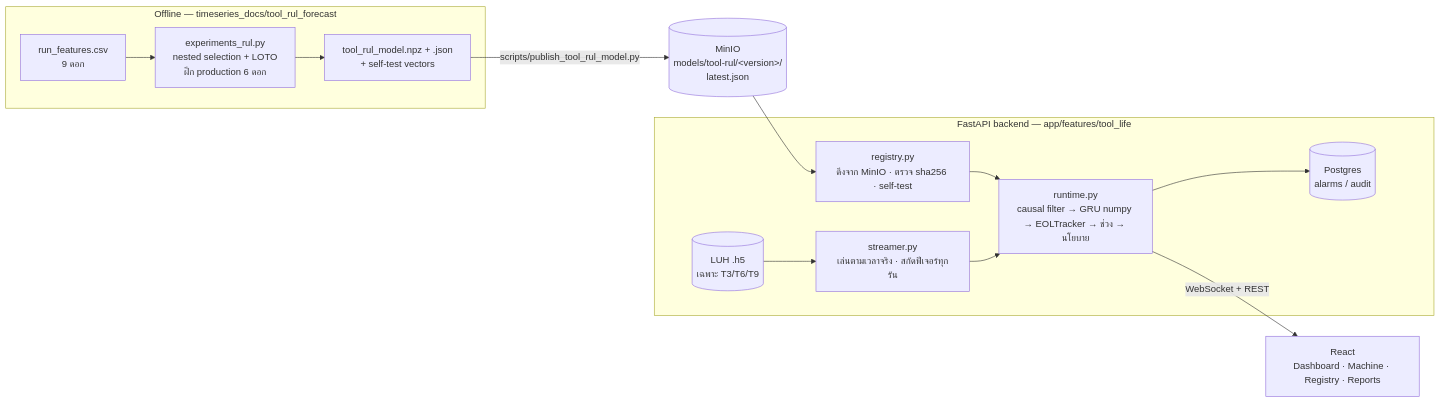
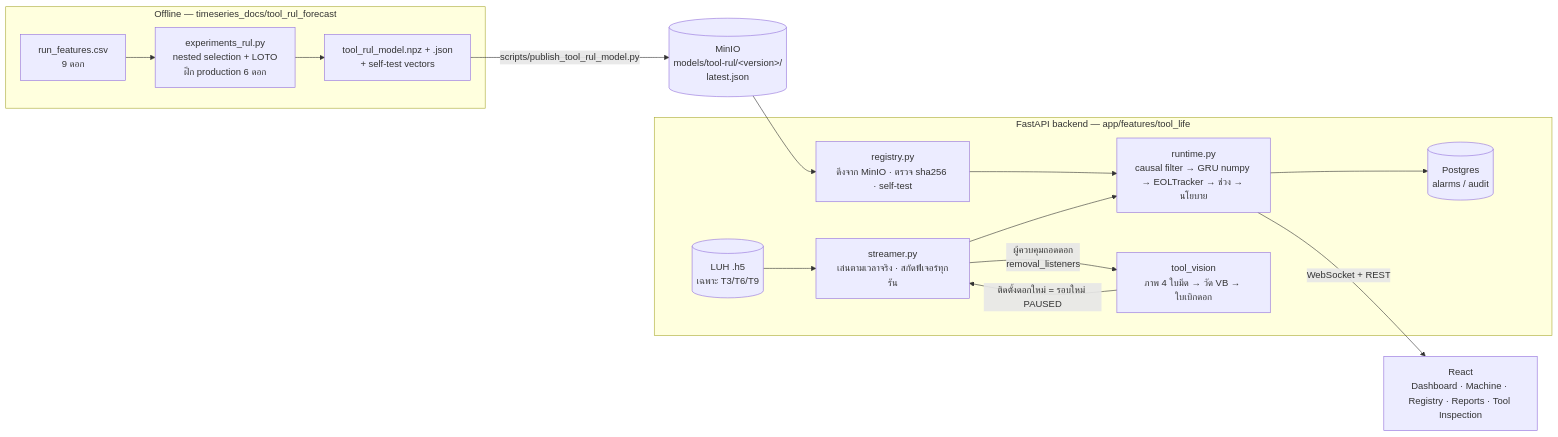
One commit to shironekoko/ai-ecosystem-Industrial-Predictive changed the diagram in timeseries_docs/tool_rul_forecast/Report_TimeSeries_Tool_RUL.md. Above: the diagram before and after it, drawn with Mermaid. The commit also changed other lines of this file and 64 other files, not shown here.

````diff
--- a/timeseries_docs/tool_rul_forecast/Report_TimeSeries_Tool_RUL.md
+++ b/timeseries_docs/tool_rul_forecast/Report_TimeSeries_Tool_RUL.md
@@ -522,16 +522,18 @@
 ```mermaid
 flowchart LR
   subgraph Offline["Offline — timeseries_docs/tool_rul_forecast"]
     A[run_features.csv<br/>9 ดอก] --> B[experiments_rul.py<br/>nested selection + LOTO<br/>ฝึก production 6 ดอก]
     B --> C[tool_rul_model.npz + .json<br/>+ self-test vectors]
   end
   C -->|scripts/publish_tool_rul_model.py| M[(MinIO<br/>models/tool-rul/&lt;version&gt;/<br/>latest.json)]
   subgraph Backend["FastAPI backend — app/features/tool_life"]
     R[registry.py<br/>ดึงจาก MinIO · ตรวจ sha256 · self-test] --> P
     H[(LUH .h5<br/>เฉพาะ T3/T6/T9)] --> S[streamer.py<br/>เล่นตามเวลาจริง · สกัดฟีเจอร์ทุกรัน]
     S --> P[runtime.py<br/>causal filter → GRU numpy → EOLTracker → ช่วง → นโยบาย]
     P --> AL[(Postgres<br/>alarms / audit)]
+    S -->|ผู้ควบคุมถอดดอก<br/>removal_listeners| V[tool_vision<br/>ภาพ 4 ใบมีด → วัด VB → ใบเบิกดอก]
+    V -->|ติดตั้งดอกใหม่ = รอบใหม่ PAUSED| S
   end
   M --> R
-  P -->|WebSocket + REST| W[React<br/>Dashboard · Machine · Registry · Reports]
+  P -->|WebSocket + REST| W[React<br/>Dashboard · Machine · Registry · Reports · Tool Inspection]
 ```
````
